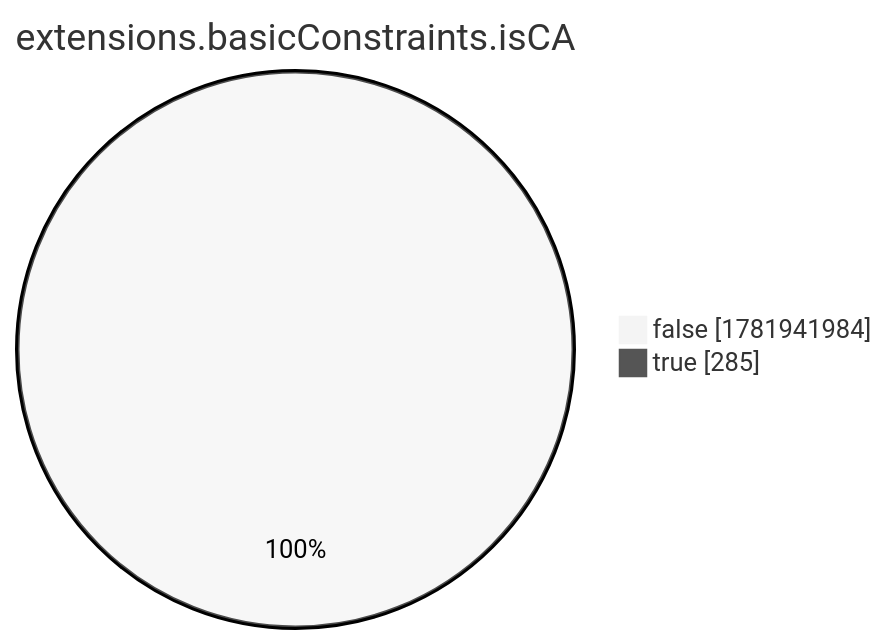
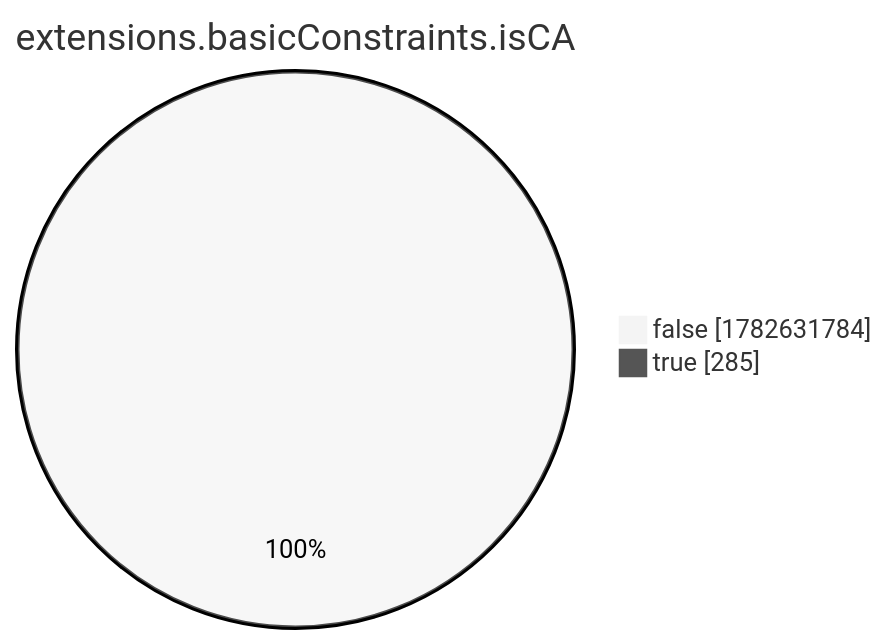
The eighth of 15 diagrams in xenon2022/README.md (christiankrug/ctmonitor_visualization), drawn with Mermaid (neutral theme) before and after one commit. The commit also changed other lines of this file, not shown here.

````diff
--- a/xenon2022/README.md
+++ b/xenon2022/README.md
@@ -2868,6 +2868,6 @@
 ```mermaid
 pie showData
 title extensions.basicConstraints.isCA
-"false" :1781941984
+"false" :1782631784
 "true" :285
 ```
````
